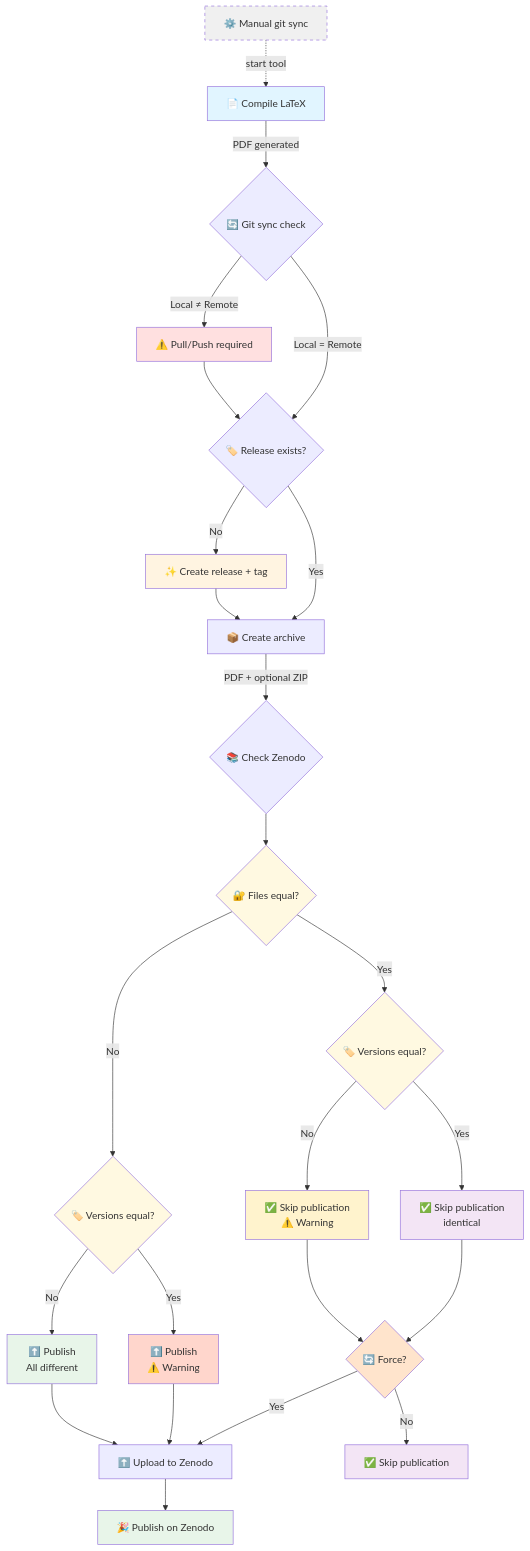
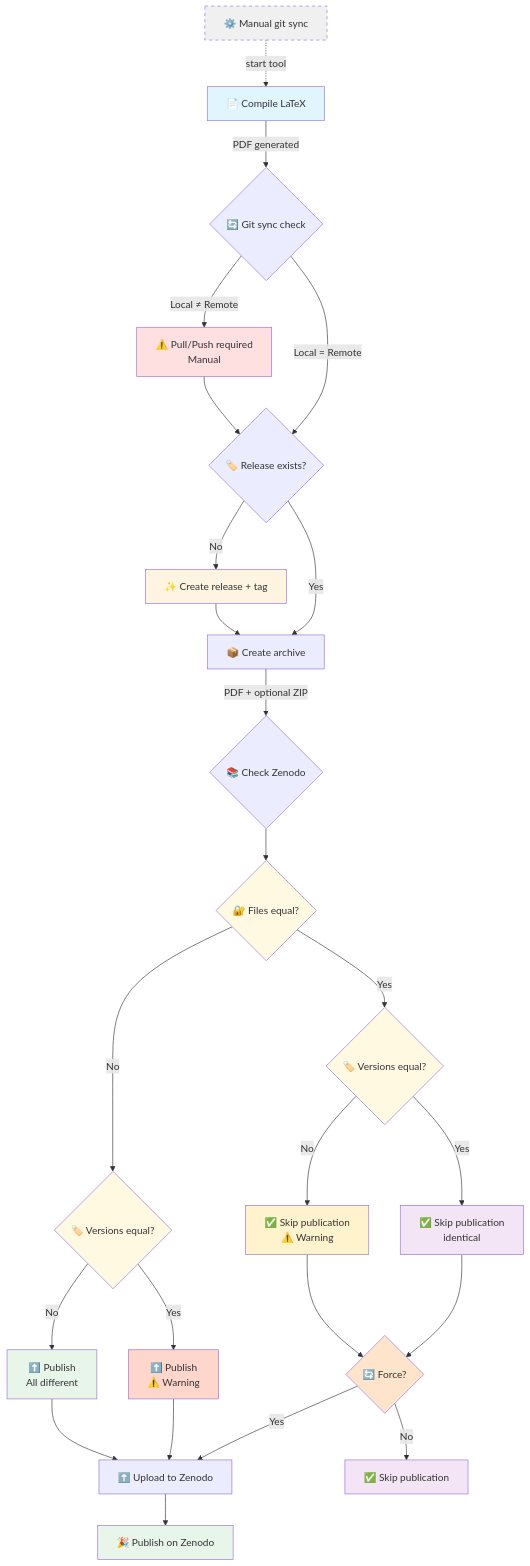
One commit to weberBen/publisher changed the diagram in README.md. Above: the diagram before and after it, drawn with Mermaid.

````diff
--- a/README.md
+++ b/README.md
@@ -20,41 +20,41 @@
 ```mermaid
 graph TD
     Z[⚙️ Manual git sync] -.->|start tool| A
     A[📄 Compile LaTeX] -->|PDF generated| B{🔄 Git sync check}
-    B -->|Local ≠ Remote| C[⚠️ Pull/Push required]
+    B -->|Local ≠ Remote| C[⚠️ Pull/Push required <br/> Manual]
     B -->|Local = Remote| D{🏷️ Release exists?}
     C --> D
     D -->|No| E[✨ Create release + tag]
     D -->|Yes| F[📦 Create archive]
     E --> F
     F -->|PDF + optional ZIP| G{📚 Check Zenodo}
     G --> H{🔐 Files equal?}
     H -->|Yes| I{🏷️ Versions equal?}
     H -->|No| J{🏷️ Versions equal?}
     I -->|Yes| K[✅ Skip publication <br/> identical]
     I -->|No| L[✅ Skip publication <br/>⚠️ Warning]
     J -->|Yes| M[⬆️ Publish <br/>⚠️ Warning]
     J -->|No| N[⬆️ Publish <br/> All different]
     K --> O{🔄 Force?}
     L --> O
     O -->|Yes| P[⬆️ Upload to Zenodo]
     O -->|No| Q[✅ Skip publication]
     M --> P
     N --> P
     P --> R[🎉 Publish on Zenodo]
     
     style Z fill:#f0f0f0,stroke-dasharray: 5 5
     style A fill:#e1f5ff
     style E fill:#fff4e1
     style R fill:#e8f5e9
     style Q fill:#f3e5f5
     style K fill:#f3e5f5
     style L fill:#fff3cd
     style C fill:#ffe0e0
     style H fill:#fff9e1
     style I fill:#fff9e1
     style J fill:#fff9e1
     style M fill:#ffd6cc
     style N fill:#e8f5e9
     style O fill:#ffe4cc
 ```
````
